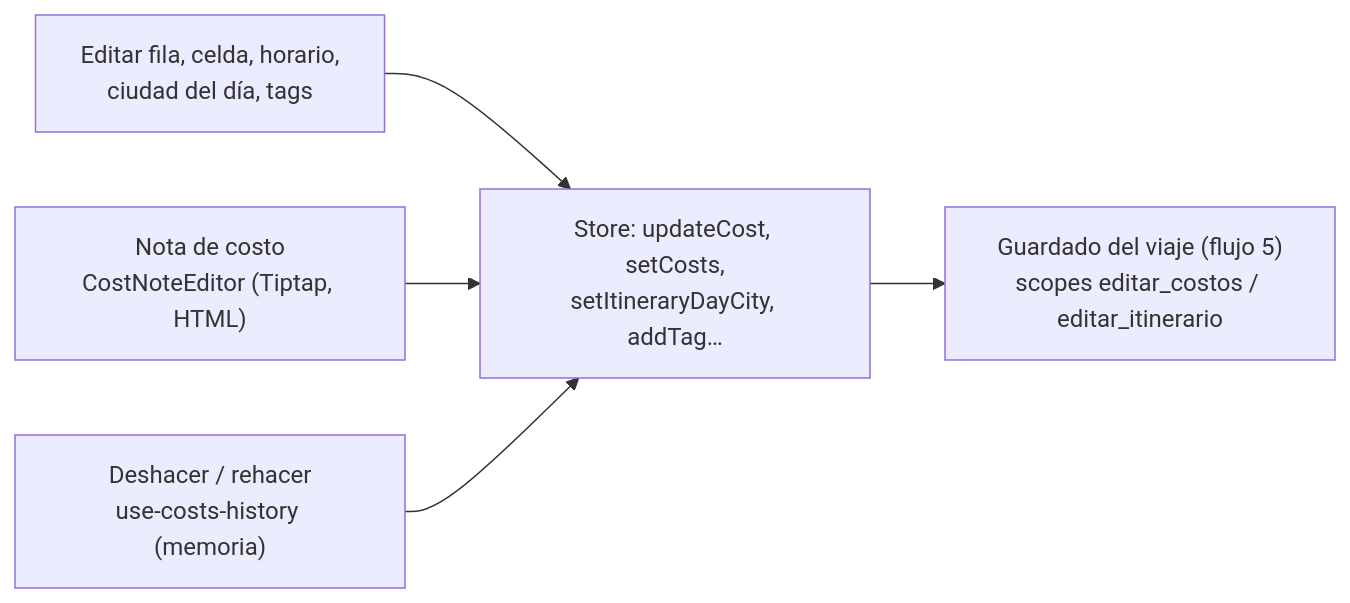
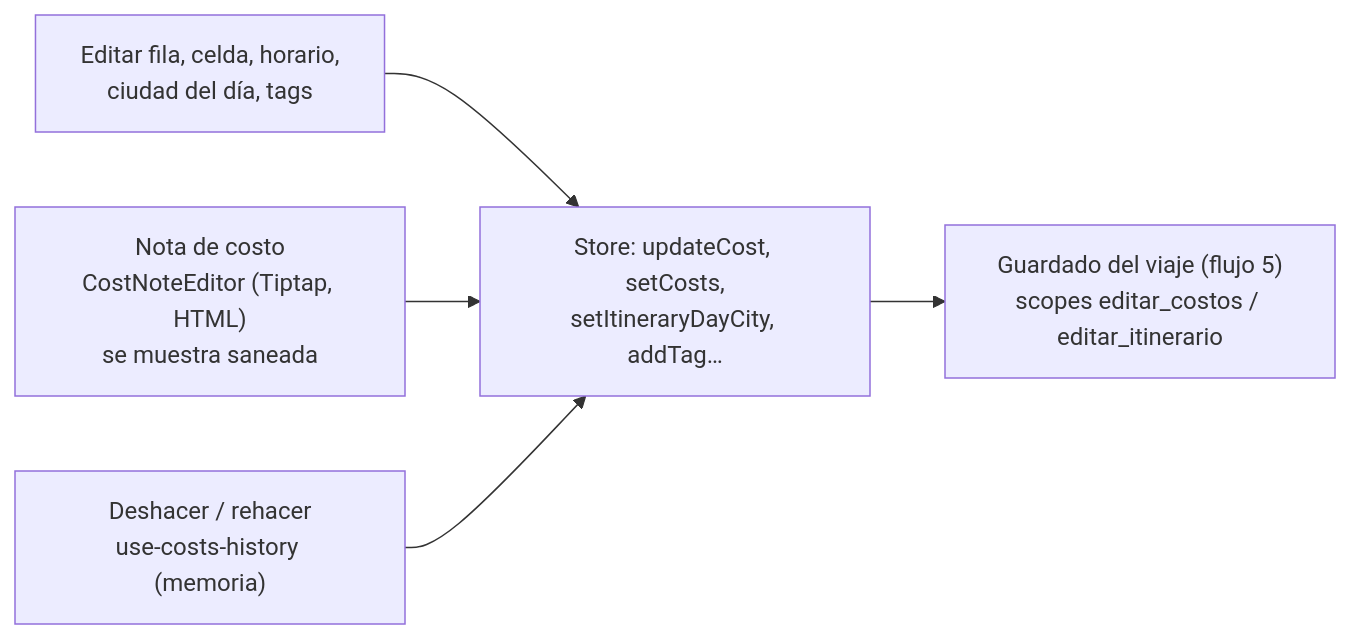
One commit to gaby26203/planeii changed the seventh of 20 diagrams in docs/flujos.md. Above: the diagram before and after it, drawn with Mermaid. The commit also changed 5 other files, not shown here.

First line of the commit message:
Sanear el HTML de las notas de costo antes de mostrarlo

````diff
--- a/docs/flujos.md
+++ b/docs/flujos.md
@@ -213,7 +213,7 @@
 ```mermaid
 flowchart LR
   E["Editar fila, celda, horario,<br/>ciudad del día, tags"] --> S["Store: updateCost, setCosts,<br/>setItineraryDayCity, addTag…"]
-  N["Nota de costo<br/>CostNoteEditor (Tiptap, HTML)"] --> S
+  N["Nota de costo<br/>CostNoteEditor (Tiptap, HTML)<br/>se muestra saneada"] --> S
   H["Deshacer / rehacer<br/>use-costs-history (memoria)"] --> S
   S --> G["Guardado del viaje (flujo 5)<br/>scopes editar_costos / editar_itinerario"]
 ```
````
